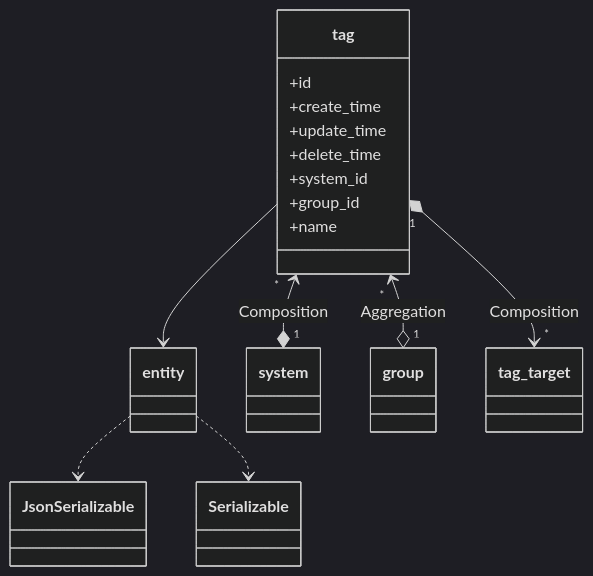
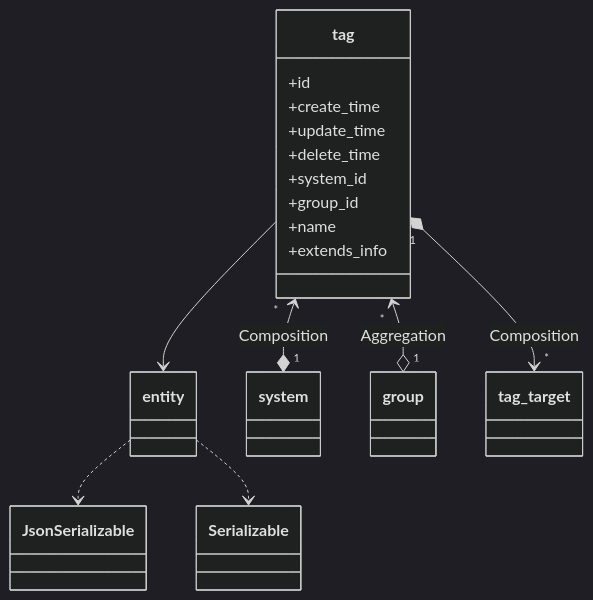
One commit to smarty-kiki/tag changed the first of 2 diagrams in docs/entity/tag.md. Above: the diagram before and after it, drawn with Mermaid (dark theme). The commit also changed other lines of this file and 21 other files, not shown here.

Commit message:
group 和 tag 添加 extends_info 字段

````diff
--- a/docs/entity/tag.md
+++ b/docs/entity/tag.md
@@ -11,16 +11,17 @@
 ```mermaid
 classDiagram
 entity ..> JsonSerializable
 entity ..> Serializable
 tag --> entity
 tag "*" <--* "1" system : Composition  
 tag "*" <--o "1" group : Aggregation  
 tag "1" *--> "*" tag_target : Composition  
 tag : +id  
 tag : +create_time  
 tag : +update_time  
 tag : +delete_time  
 tag : +system_id  
 tag : +group_id  
 tag : +name  
+tag : +extends_info  
 ```
````
